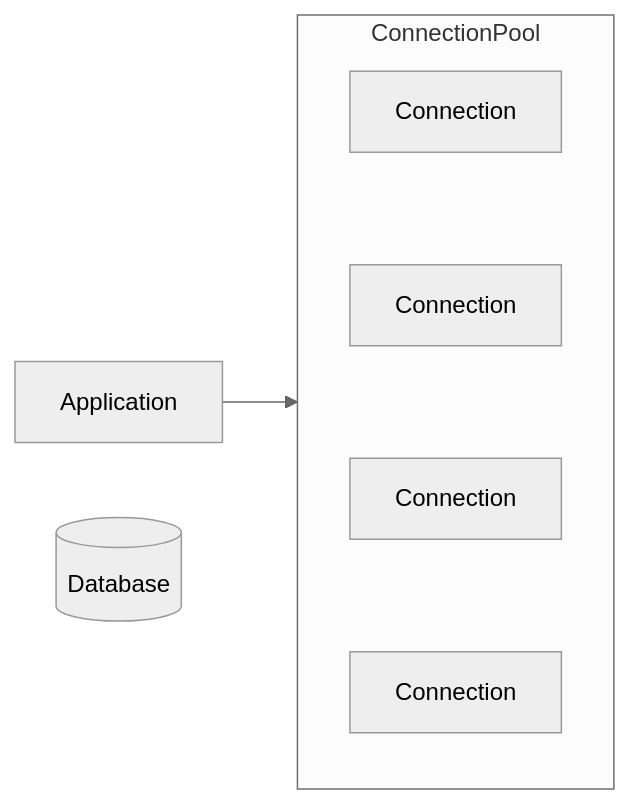
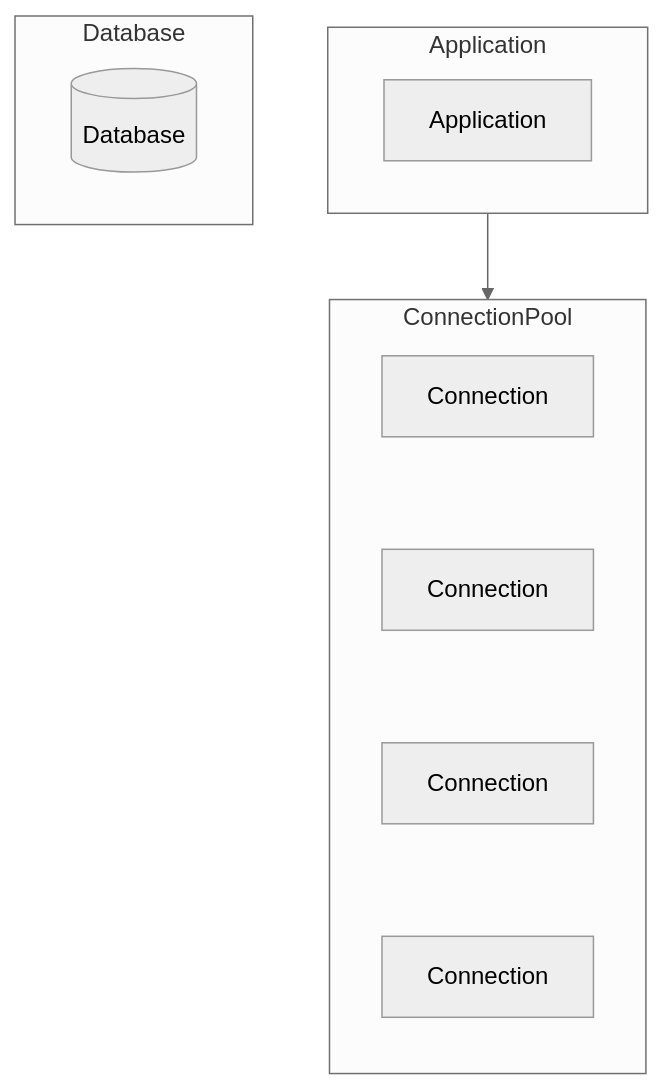
The diagram in application/db/connection_pool.md (benggri/study), drawn with Mermaid (neutral theme) before and after one commit.

````diff
--- a/application/db/connection_pool.md
+++ b/application/db/connection_pool.md
@@ -3,16 +3,20 @@
 ```mermaid
-flowchart LR
-  APP[Application]
-  DB[(Database)]
+flowchart TB
+  subgraph Application
+    APP[Application]
+  end
+  subgraph Database
+    DB[(Database)]
+  end 
   subgraph ConnectionPool
     direction TB
     C1[Connection]
     C2[Connection]
     C3[Connection]
     C4[Connection]
     C1 ~~~ C2
     C2 ~~~ C3
     C3 ~~~ C4
   end
-  APP --> ConnectionPool
+  Application --> ConnectionPool
 ```
````
